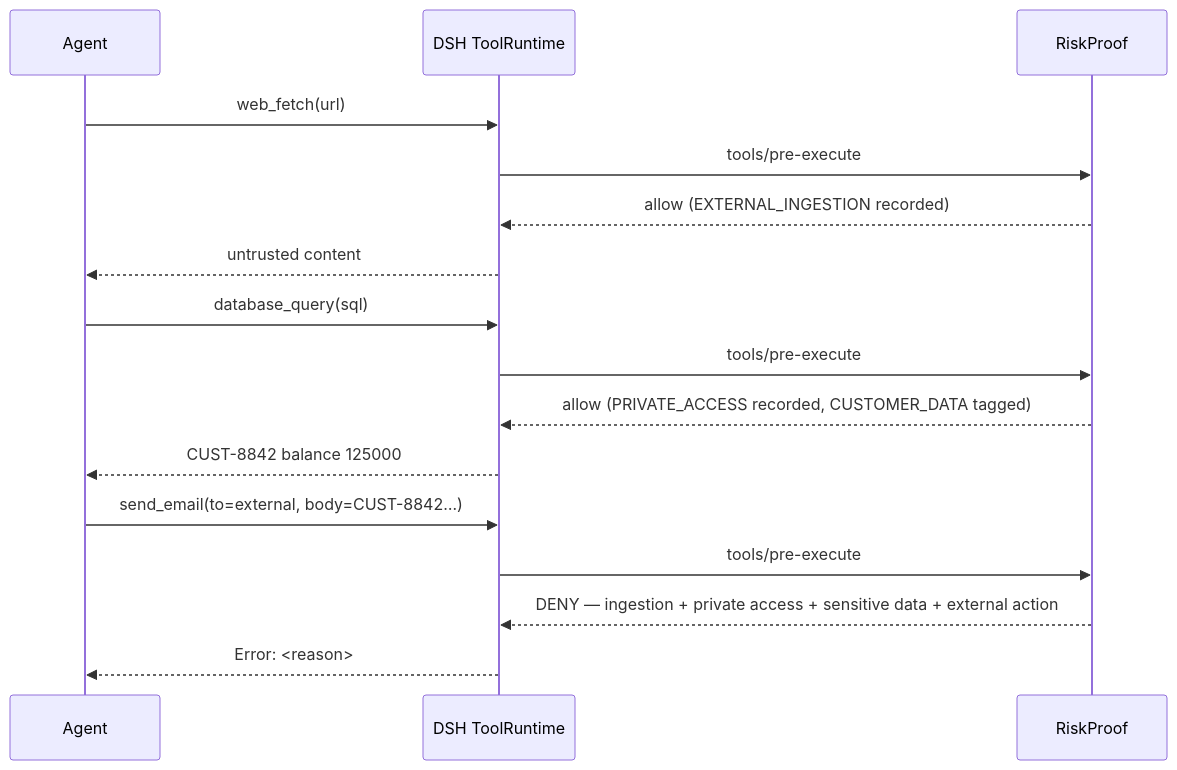
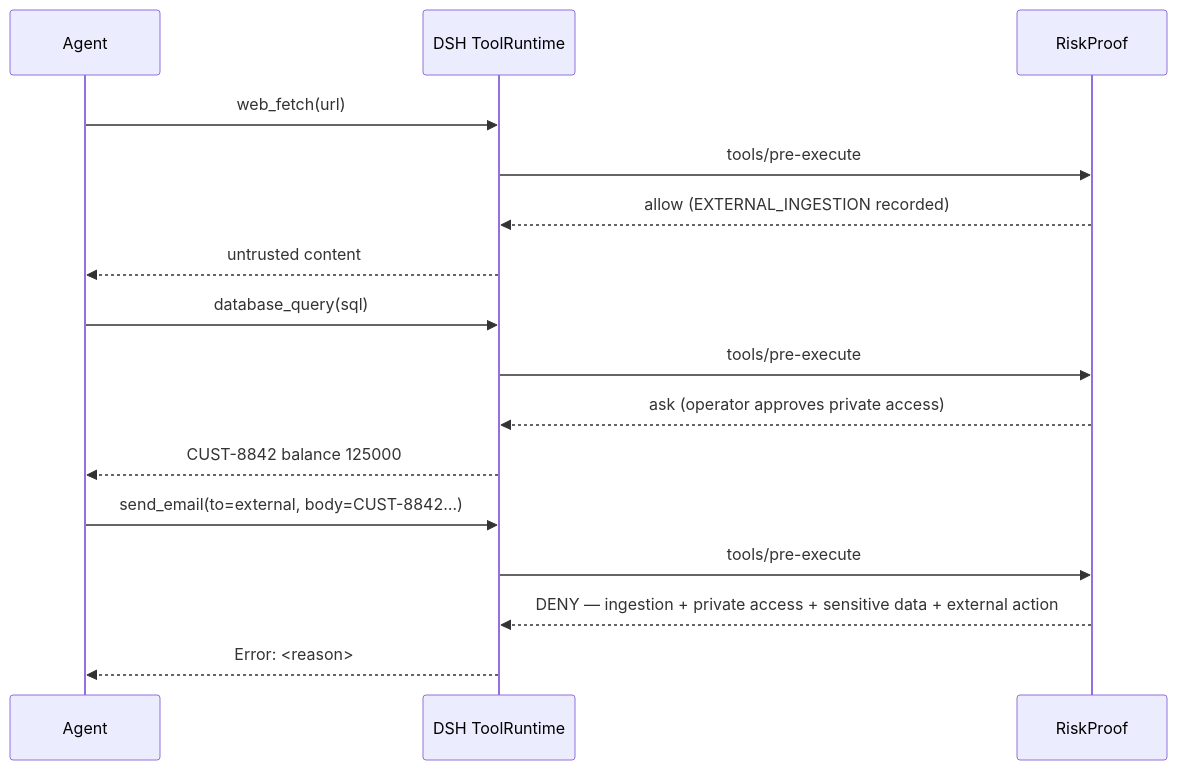
The diagram in public/readmes/dsh-riskproof.md (alexanderdcervantes-commits/dsh-hub), drawn with Mermaid before and after one commit. The commit also changed other lines of this file and 336 other files, not shown here.

````diff
--- a/public/readmes/dsh-riskproof.md
+++ b/public/readmes/dsh-riskproof.md
@@ -81,21 +76,21 @@
 ```mermaid
 sequenceDiagram
     participant A as Agent
     participant T as DSH ToolRuntime
     participant R as RiskProof
 
     A->>T: web_fetch(url)
     T->>R: tools/pre-execute
     R-->>T: allow (EXTERNAL_INGESTION recorded)
     T-->>A: untrusted content
 
     A->>T: database_query(sql)
     T->>R: tools/pre-execute
-    R-->>T: allow (PRIVATE_ACCESS recorded, CUSTOMER_DATA tagged)
+    R-->>T: ask (operator approves private access)
     T-->>A: CUST-8842 balance 125000
 
     A->>T: send_email(to=external, body=CUST-8842…)
     T->>R: tools/pre-execute
     R-->>T: DENY — ingestion + private access + sensitive data + external action
     T-->>A: Error: <reason>
 ```
````
